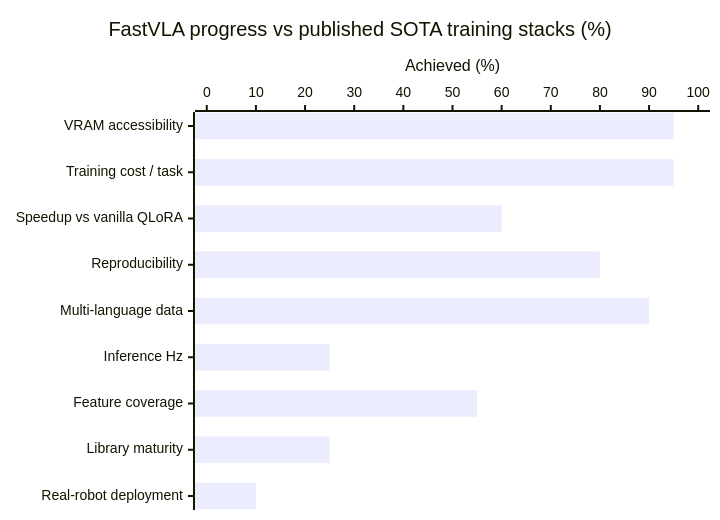
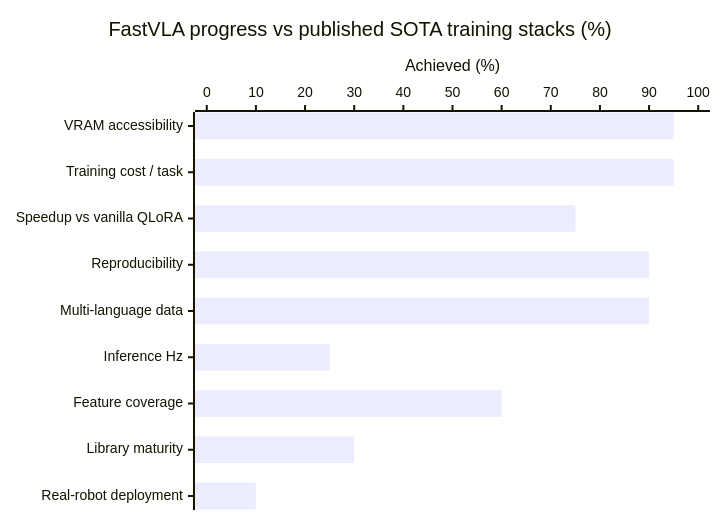
One commit to BouajilaHamza/fastvla changed the diagram in README.md. Above: the diagram before and after it, drawn with Mermaid. The commit also changed other lines of this file, not shown here.

````diff
--- a/README.md
+++ b/README.md
@@ -104,7 +107,7 @@
 ```mermaid
 xychart-beta horizontal
     title "FastVLA progress vs published SOTA training stacks (%)"
     x-axis ["VRAM accessibility", "Training cost / task", "Speedup vs vanilla QLoRA", "Reproducibility", "Multi-language data", "Inference Hz", "Feature coverage", "Library maturity", "Real-robot deployment"]
     y-axis "Achieved (%)" 0 --> 100
-    bar [95, 95, 60, 80, 90, 25, 55, 25, 10]
+    bar [95, 95, 75, 90, 90, 25, 60, 30, 10]
 ```
````
